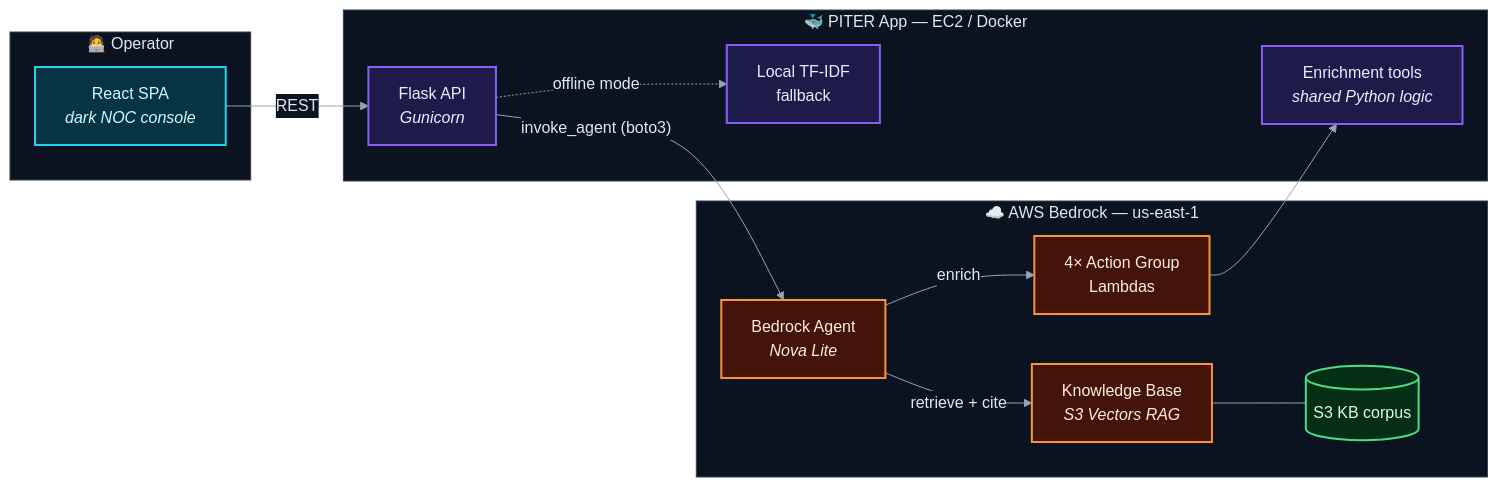
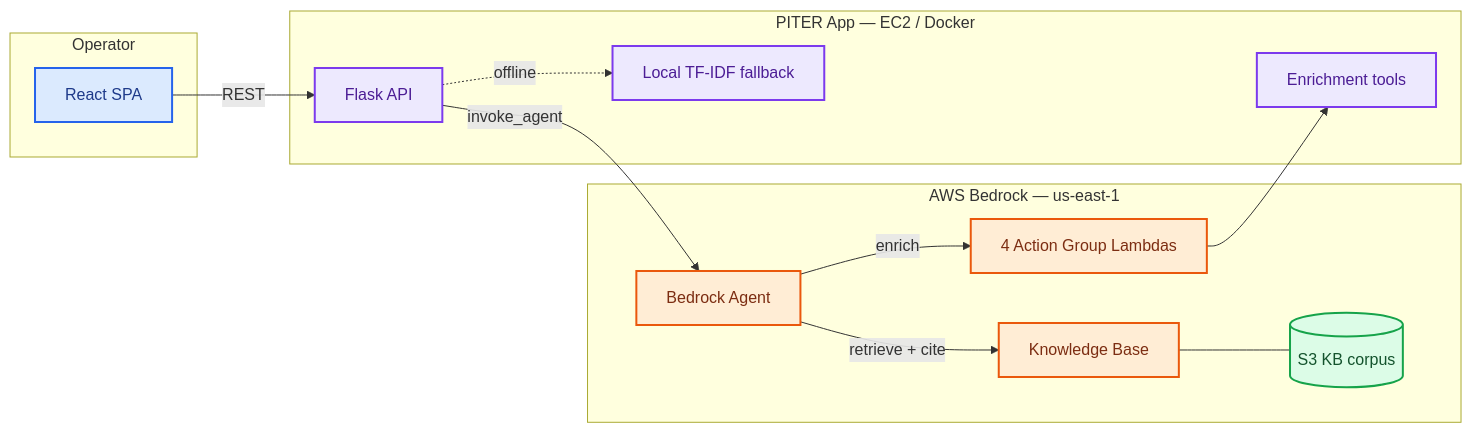
One commit to reem-mor/ai-engineering-portfolio changed the first of 5 diagrams in projects/piter-aiops/README.md. Above: the diagram before and after it, drawn with Mermaid. The commit also changed other lines of this file and 1 other file, not shown here.

````diff
--- a/projects/piter-aiops/README.md
+++ b/projects/piter-aiops/README.md
@@ -231,34 +150,33 @@
 ```mermaid
-%%{init: {'theme':'base','themeVariables':{'primaryColor':'#0b1220','primaryTextColor':'#e2e8f0','primaryBorderColor':'#22d3ee','lineColor':'#94a3b8','clusterBkg':'#0b1220','clusterBorder':'#334155','edgeLabelBackground':'#0b1220','tertiaryTextColor':'#e2e8f0'}}}%%
 flowchart LR
-  subgraph client ["🧑‍💻 Operator"]
-    SPA["React SPA<br/><i>dark NOC console</i>"]
+  subgraph client [Operator]
+    SPA[React SPA]
   end
-  subgraph app ["🐳 PITER App — EC2 / Docker"]
-    Flask["Flask API<br/><i>Gunicorn</i>"]
-    LocalRAG["Local TF-IDF<br/>fallback"]
-    Tools["Enrichment tools<br/><i>shared Python logic</i>"]
+  subgraph app [PITER App — EC2 / Docker]
+    Flask[Flask API]
+    LocalRAG[Local TF-IDF fallback]
+    Tools[Enrichment tools]
   end
-  subgraph aws ["☁️ AWS Bedrock — us-east-1"]
-    Agent["Bedrock Agent<br/><i>Nova Lite</i>"]
-    KB["Knowledge Base<br/><i>S3 Vectors RAG</i>"]
-    Lambdas["4× Action Group<br/>Lambdas"]
-    S3[("S3 KB corpus")]
+  subgraph aws [AWS Bedrock — us-east-1]
+    Agent[Bedrock Agent]
+    KB[Knowledge Base]
+    Lambdas[4 Action Group Lambdas]
+    S3[(S3 KB corpus)]
   end
-  SPA -->|"REST"| Flask
-  Flask -->|"invoke_agent (boto3)"| Agent
-  Flask -.->|"offline mode"| LocalRAG
-  Agent -->|"retrieve + cite"| KB
-  Agent -->|"enrich"| Lambdas
+  SPA -->|REST| Flask
+  Flask -->|invoke_agent| Agent
+  Flask -.->|offline| LocalRAG
+  Agent -->|retrieve + cite| KB
+  Agent -->|enrich| Lambdas
   KB --- S3
   Lambdas --> Tools
 
-  classDef clientStyle fill:#083344,stroke:#22d3ee,stroke-width:2px,color:#cffafe
-  classDef appStyle fill:#1e1b4b,stroke:#8b5cf6,stroke-width:2px,color:#ede9fe
-  classDef awsStyle fill:#431407,stroke:#fb923c,stroke-width:2px,color:#ffedd5
-  classDef dataStyle fill:#052e16,stroke:#4ade80,stroke-width:2px,color:#dcfce7
+  classDef clientStyle fill:#dbeafe,stroke:#2563eb,stroke-width:2px,color:#1e3a8a
+  classDef appStyle fill:#ede9fe,stroke:#7c3aed,stroke-width:2px,color:#4c1d95
+  classDef awsStyle fill:#ffedd5,stroke:#ea580c,stroke-width:2px,color:#7c2d12
+  classDef dataStyle fill:#dcfce7,stroke:#16a34a,stroke-width:2px,color:#14532d
   class SPA clientStyle
   class Flask,LocalRAG,Tools appStyle
   class Agent,KB,Lambdas awsStyle
   class S3 dataStyle
 ```
````
